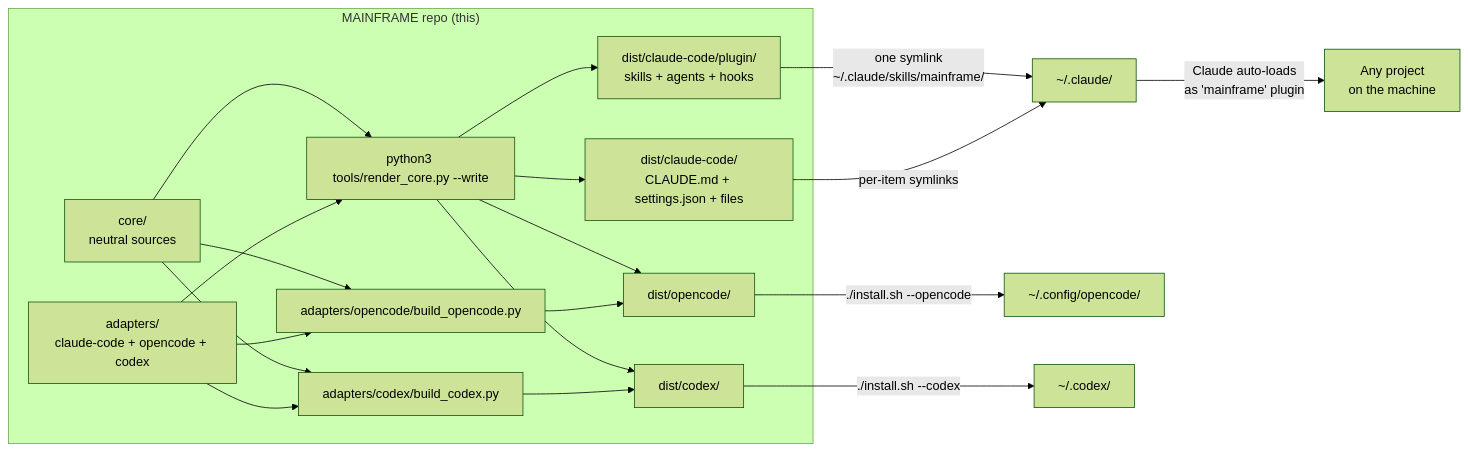
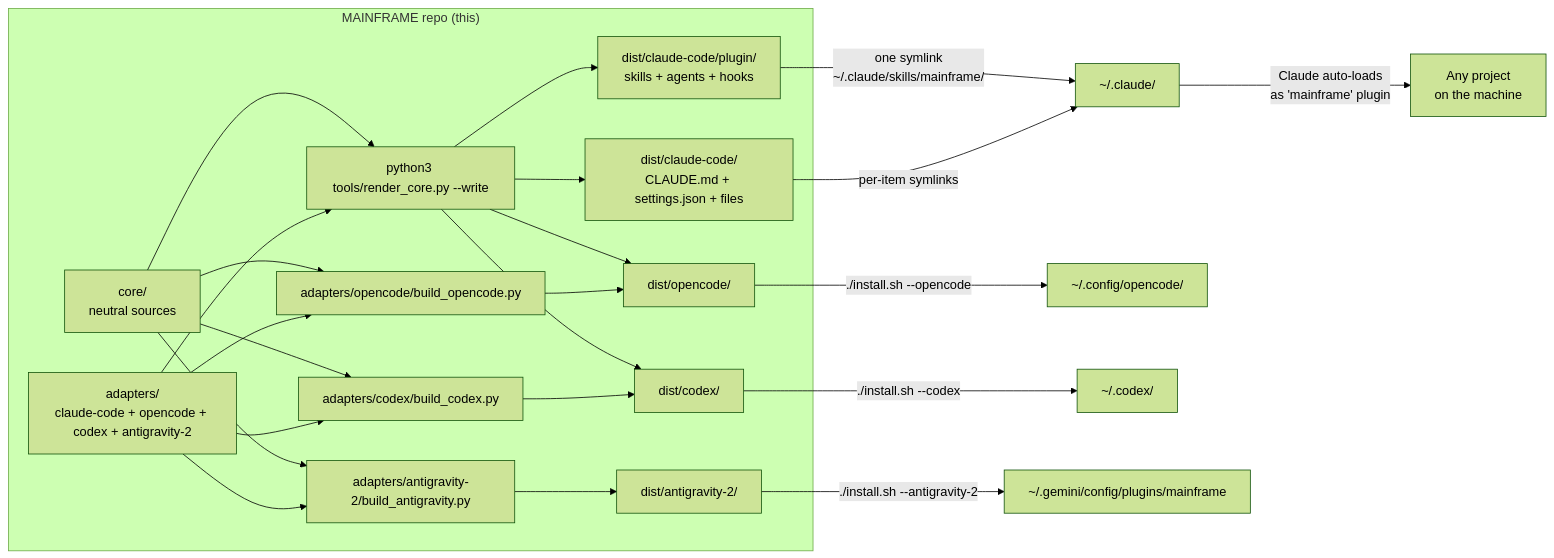
One commit to CATWILLgh/MAINFRAME changed the first of 4 diagrams in README.md. Above: the diagram before and after it, drawn with Mermaid (forest theme). The commit also changed other lines of this file and 17 other files, not shown here.

First line of the commit message:
docs(architecture): document fourth runtime adapter

````diff
--- a/README.md
+++ b/README.md
@@ -167,32 +168,38 @@
 ```mermaid
 graph LR
     subgraph repo["MAINFRAME repo (this)"]
       C[core/<br/>neutral sources]
-      A[adapters/<br/>claude-code + opencode + codex]
+      A[adapters/<br/>claude-code + opencode + codex + antigravity-2]
       R[python3 tools/render_core.py --write]
       BO[adapters/opencode/build_opencode.py]
       BC[adapters/codex/build_codex.py]
+      BA[adapters/antigravity-2/build_antigravity.py]
       P[dist/claude-code/plugin/<br/>skills + agents + hooks]
       E[dist/claude-code/<br/>CLAUDE.md + settings.json + files]
       O[dist/opencode/]
       X[dist/codex/]
+      G[dist/antigravity-2/]
     end
 
     C --> R
     A --> R
     R --> P
     R --> E
     R --> O
     R --> X
     C --> BO
     A --> BO
     BO --> O
     C --> BC
     A --> BC
     BC --> X
+    C --> BA
+    A --> BA
+    BA --> G
     P -->|one symlink<br/>~/.claude/skills/mainframe/| home[~/.claude/]
     E -->|per-item symlinks| home
     home -->|Claude auto-loads<br/>as 'mainframe' plugin| any[Any project<br/>on the machine]
     O -->|./install.sh --opencode| opencode[~/.config/opencode/]
     X -->|./install.sh --codex| codex[~/.codex/]
+    G -->|./install.sh --antigravity-2| ag[~/.gemini/config/plugins/mainframe]
 ```
````
